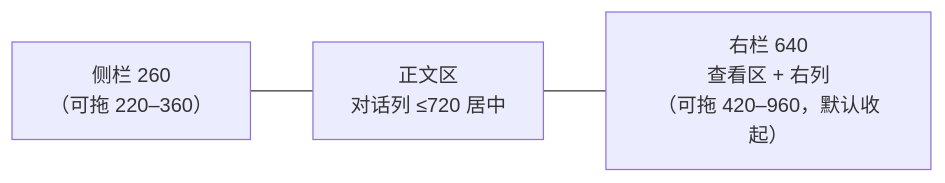
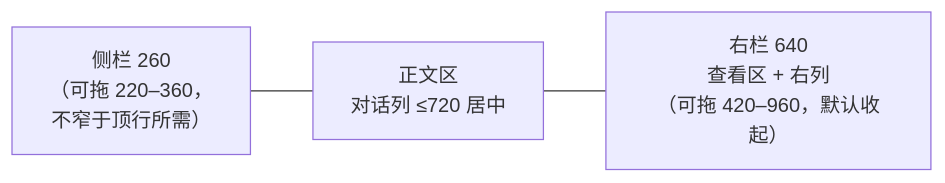
One commit to yangflow/hoplet changed the diagram in docs/design/0014-desktop-ui.md. Above: the diagram before and after it, drawn with Mermaid. The commit also changed other lines of this file and 18 other files, not shown here.

````diff
--- a/docs/design/0014-desktop-ui.md
+++ b/docs/design/0014-desktop-ui.md
@@ -11,4 +11,4 @@
 ```mermaid
 flowchart LR
-    S["侧栏 260<br/>（可拖 220–360）"] --- C["正文区<br/>对话列 ≤720 居中"] --- P["右栏 640<br/>查看区 + 右列<br/>（可拖 420–960，默认收起）"]
+    S["侧栏 260<br/>（可拖 220–360，<br/>不窄于顶行所需）"] --- C["正文区<br/>对话列 ≤720 居中"] --- P["右栏 640<br/>查看区 + 右列<br/>（可拖 420–960，默认收起）"]
 ```
````
